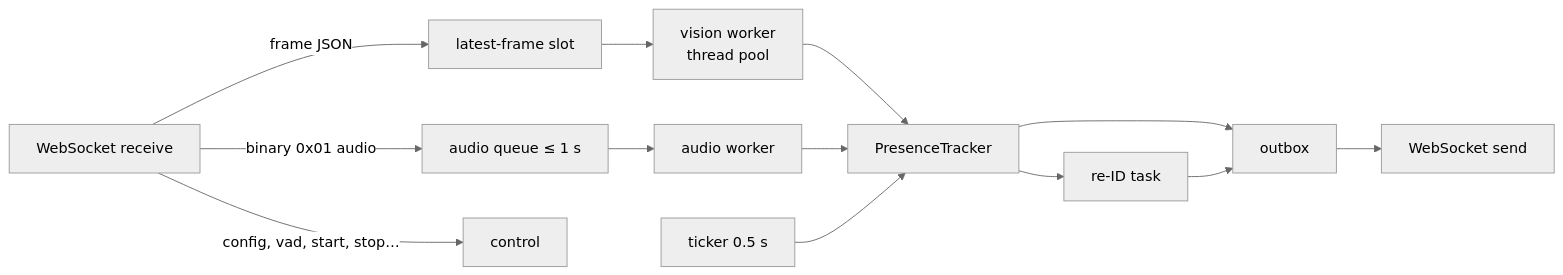
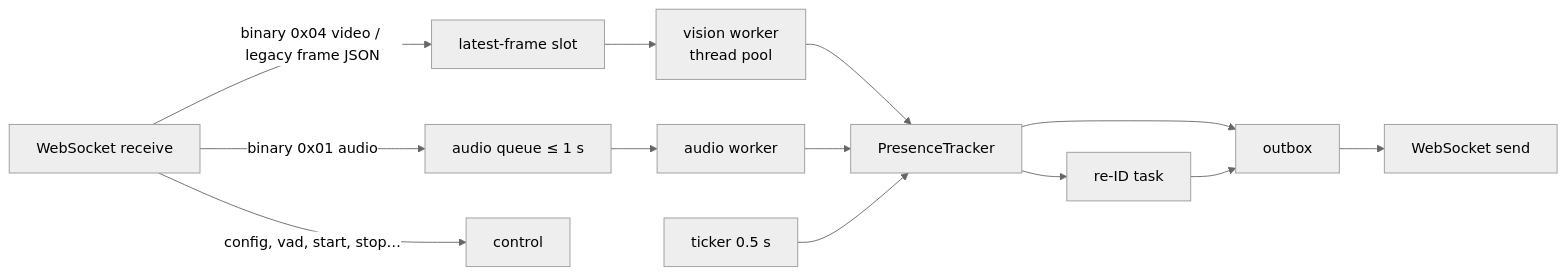
Before and after one commit to mcw519/presence-demo: the diagram in docs/architecture.md, drawn with Mermaid (neutral theme). The commit also changed other lines of this file and 32 other files, not shown here.

````diff
--- a/docs/architecture.md
+++ b/docs/architecture.md
@@ -49,11 +49,11 @@
 ```mermaid
 flowchart LR
-  WS[WebSocket receive] -->|frame JSON| SLOT[latest-frame slot]
+  WS[WebSocket receive] -->|binary 0x04 video / legacy frame JSON| SLOT[latest-frame slot]
   WS -->|binary 0x01 audio| AQ[audio queue ≤ 1 s]
   WS -->|config, vad, start, stop…| CTRL[control]
   SLOT --> VW[vision worker<br/>thread pool] --> TR[PresenceTracker]
   AQ --> AW[audio worker] --> TR
   TICK[ticker 0.5 s] --> TR
   TR --> OB[outbox] --> OUT[WebSocket send]
   TR --> RE[re-ID task] --> OB
 ```
````
